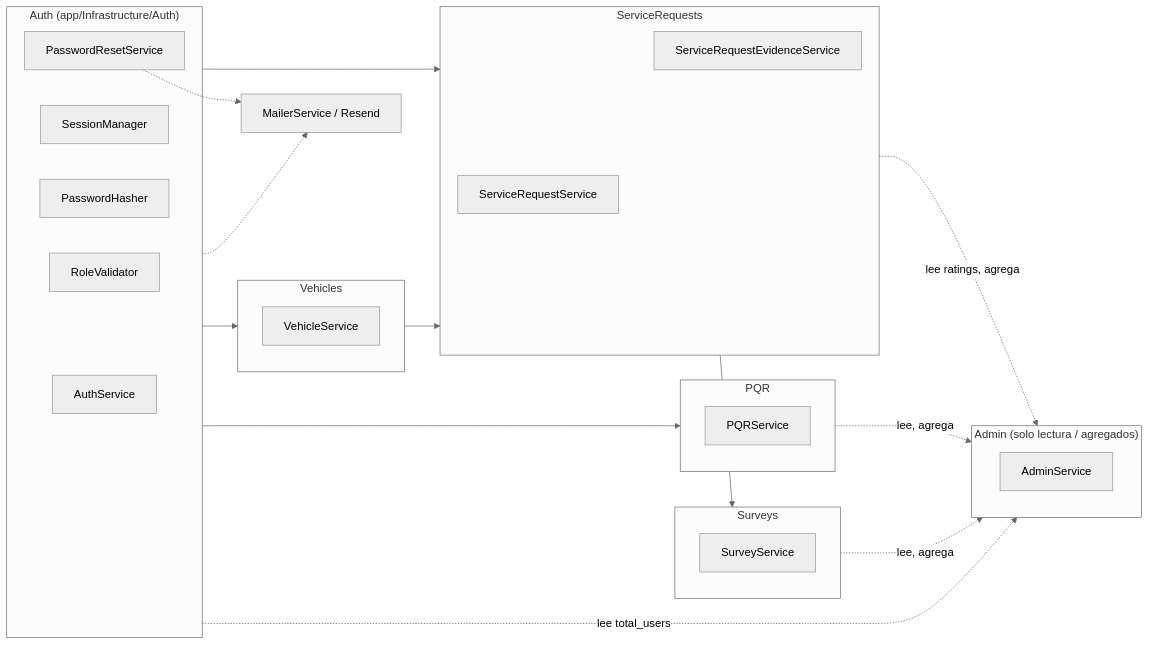
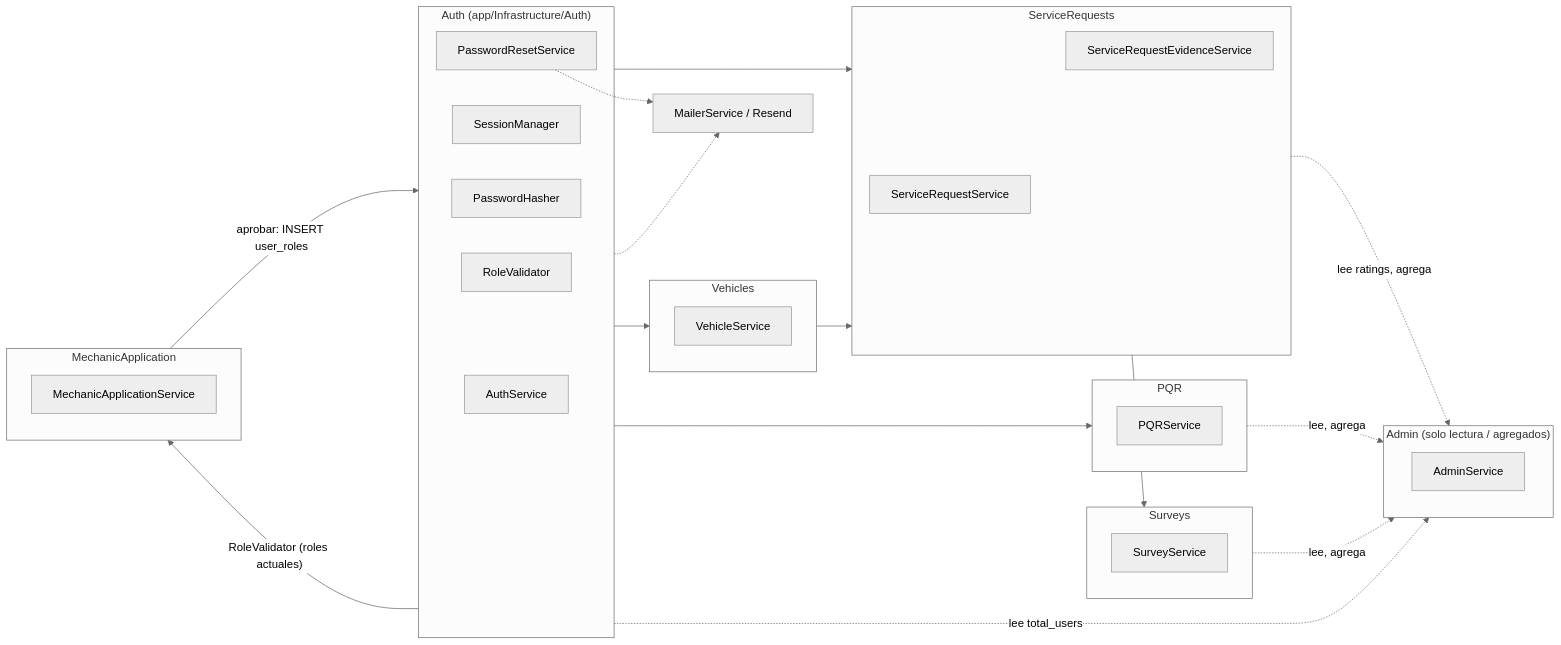
The second of 4 diagrams in docs/architecture/PARCE_AS_BUILT_ARCHITECTURE.md (JuanAndresGonzalezBurbano/PARCE), drawn with Mermaid (neutral theme) before and after one commit. The commit also changed other lines of this file and 35 other files, not shown here.

Commit message:
feat: add mechanic application workflow

````diff
--- a/docs/architecture/PARCE_AS_BUILT_ARCHITECTURE.md
+++ b/docs/architecture/PARCE_AS_BUILT_ARCHITECTURE.md
@@ -192,40 +206,45 @@
 ```mermaid
 flowchart LR
     subgraph Auth["Auth (app/Infrastructure/Auth)"]
         AuthSvc[AuthService]
         SessMgr[SessionManager]
         PwdHash[PasswordHasher]
         RoleVal[RoleValidator]
         PwdReset[PasswordResetService]
     end
     subgraph Vehicles["Vehicles"]
         VehSvc[VehicleService]
     end
     subgraph SR["ServiceRequests"]
         SRSvc[ServiceRequestService]
         EvidSvc[ServiceRequestEvidenceService]
     end
     subgraph PQR["PQR"]
         PQRSvc[PQRService]
     end
     subgraph Surveys["Surveys"]
         SurvSvc[SurveyService]
     end
     subgraph Admin["Admin (solo lectura / agregados)"]
         AdmSvc[AdminService]
     end
+    subgraph MechApp["MechanicApplication"]
+        MechSvc[MechanicApplicationService]
+    end
     Mail[MailerService / Resend]
 
     Auth --> Vehicles
     Auth --> SR
     Vehicles --> SR
     SR --> EvidSvc
     SR --> Surveys
     Auth --> PQR
     Auth -.-> Mail
     PwdReset -.-> Mail
     SR -.->|"lee ratings, agrega"| Admin
     PQR -.->|"lee, agrega"| Admin
     Surveys -.->|"lee, agrega"| Admin
     Auth -.->|"lee total_users"| Admin
+    Auth -->|"RoleValidator (roles actuales)"| MechApp
+    MechApp -->|"aprobar: INSERT user_roles"| Auth
 ```
````
